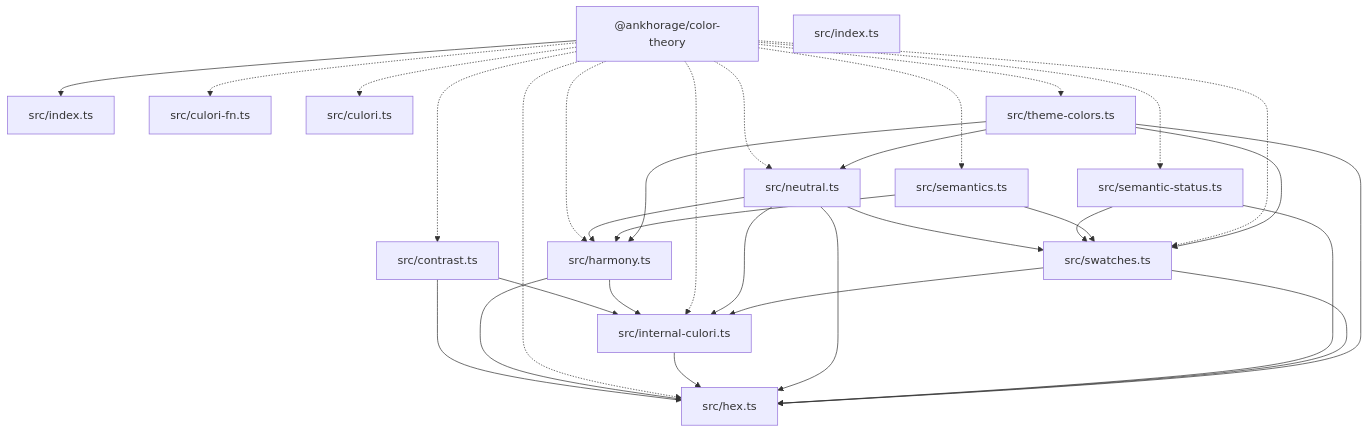
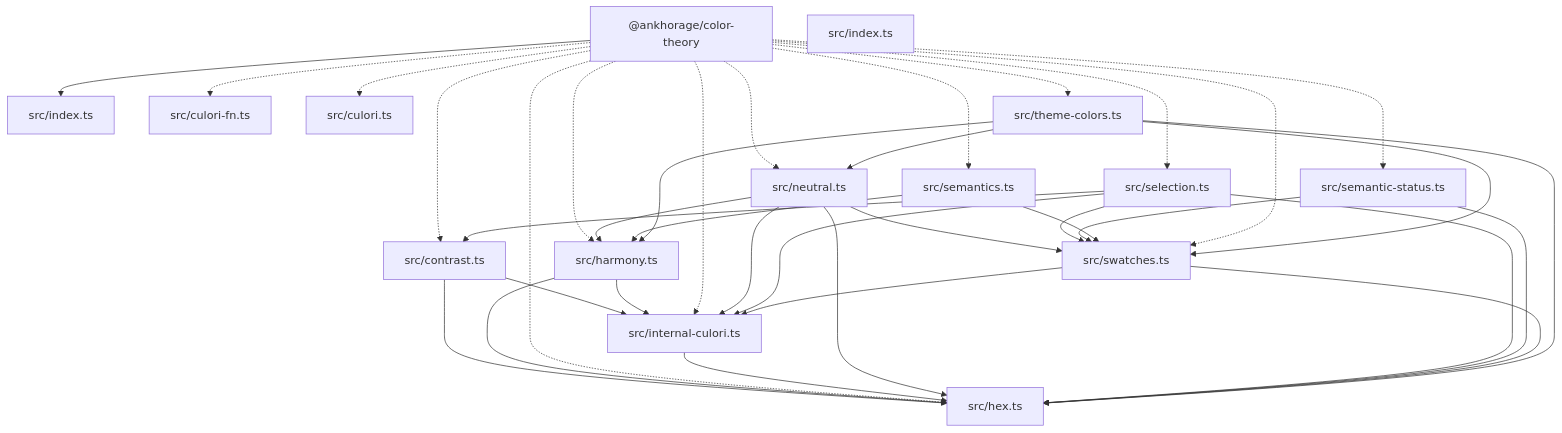
The diagram in paradox/diagrams/architecture-overview.mmd (ankhorage/color-theory), drawn with Mermaid before and after one commit. The commit also changed 16 other files, not shown here.

```diff
--- a/paradox/diagrams/architecture-overview.mmd
+++ b/paradox/diagrams/architecture-overview.mmd
@@ -1,46 +1,52 @@
 graph TD
   package__ankhorage_color_theory["@ankhorage/color-theory"]
   entrypoint_src_index_ts["src/index.ts"]
   package__ankhorage_color_theory --> entrypoint_src_index_ts
   module_src_contrast_ts["src/contrast.ts"]
   package__ankhorage_color_theory -.-> module_src_contrast_ts
   module_src_contrast_ts --> module_src_hex_ts
   module_src_contrast_ts --> module_src_internal_culori_ts
   module_src_culori_fn_ts["src/culori-fn.ts"]
   package__ankhorage_color_theory -.-> module_src_culori_fn_ts
   module_src_culori_ts["src/culori.ts"]
   package__ankhorage_color_theory -.-> module_src_culori_ts
   module_src_harmony_ts["src/harmony.ts"]
   package__ankhorage_color_theory -.-> module_src_harmony_ts
   module_src_harmony_ts --> module_src_hex_ts
   module_src_harmony_ts --> module_src_internal_culori_ts
   module_src_hex_ts["src/hex.ts"]
   package__ankhorage_color_theory -.-> module_src_hex_ts
   module_src_index_ts["src/index.ts"]
   module_src_internal_culori_ts["src/internal-culori.ts"]
   package__ankhorage_color_theory -.-> module_src_internal_culori_ts
   module_src_internal_culori_ts --> module_src_hex_ts
   module_src_neutral_ts["src/neutral.ts"]
   package__ankhorage_color_theory -.-> module_src_neutral_ts
   module_src_neutral_ts --> module_src_harmony_ts
   module_src_neutral_ts --> module_src_hex_ts
   module_src_neutral_ts --> module_src_internal_culori_ts
   module_src_neutral_ts --> module_src_swatches_ts
+  module_src_selection_ts["src/selection.ts"]
+  package__ankhorage_color_theory -.-> module_src_selection_ts
+  module_src_selection_ts --> module_src_contrast_ts
+  module_src_selection_ts --> module_src_hex_ts
+  module_src_selection_ts --> module_src_internal_culori_ts
+  module_src_selection_ts --> module_src_swatches_ts
   module_src_semantic_status_ts["src/semantic-status.ts"]
   package__ankhorage_color_theory -.-> module_src_semantic_status_ts
   module_src_semantic_status_ts --> module_src_hex_ts
   module_src_semantic_status_ts --> module_src_swatches_ts
   module_src_semantics_ts["src/semantics.ts"]
   package__ankhorage_color_theory -.-> module_src_semantics_ts
   module_src_semantics_ts --> module_src_harmony_ts
   module_src_semantics_ts --> module_src_swatches_ts
   module_src_swatches_ts["src/swatches.ts"]
   package__ankhorage_color_theory -.-> module_src_swatches_ts
   module_src_swatches_ts --> module_src_hex_ts
   module_src_swatches_ts --> module_src_internal_culori_ts
   module_src_theme_colors_ts["src/theme-colors.ts"]
   package__ankhorage_color_theory -.-> module_src_theme_colors_ts
   module_src_theme_colors_ts --> module_src_harmony_ts
   module_src_theme_colors_ts --> module_src_hex_ts
   module_src_theme_colors_ts --> module_src_neutral_ts
   module_src_theme_colors_ts --> module_src_swatches_ts
```
